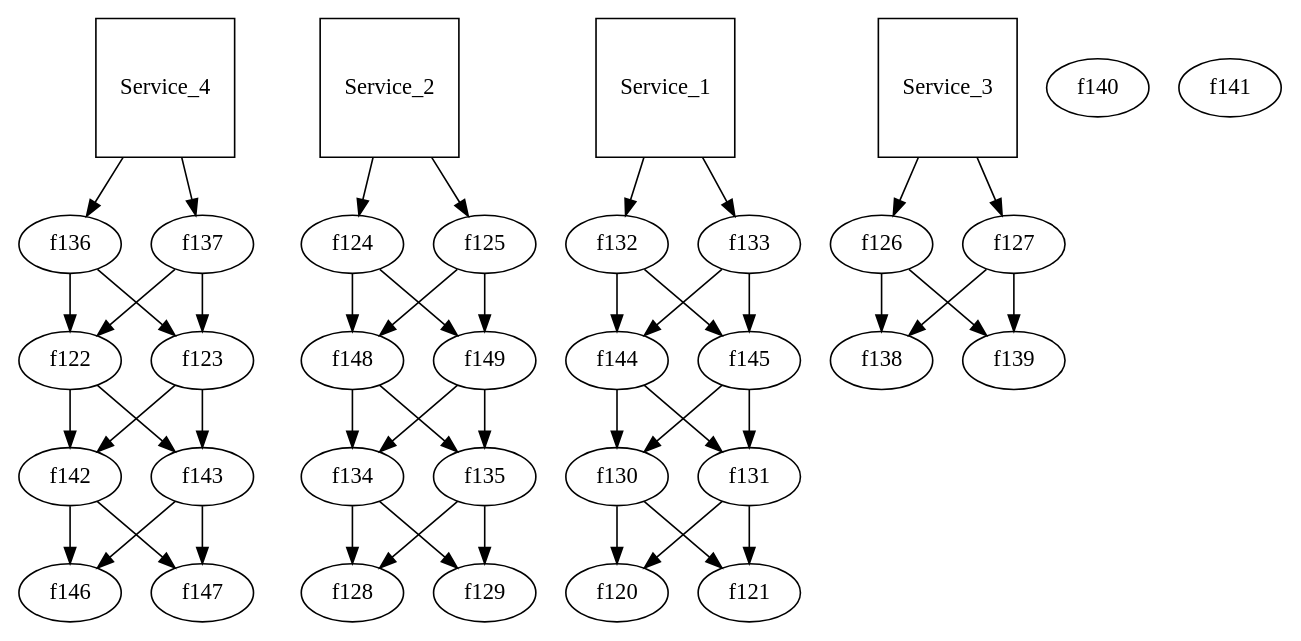
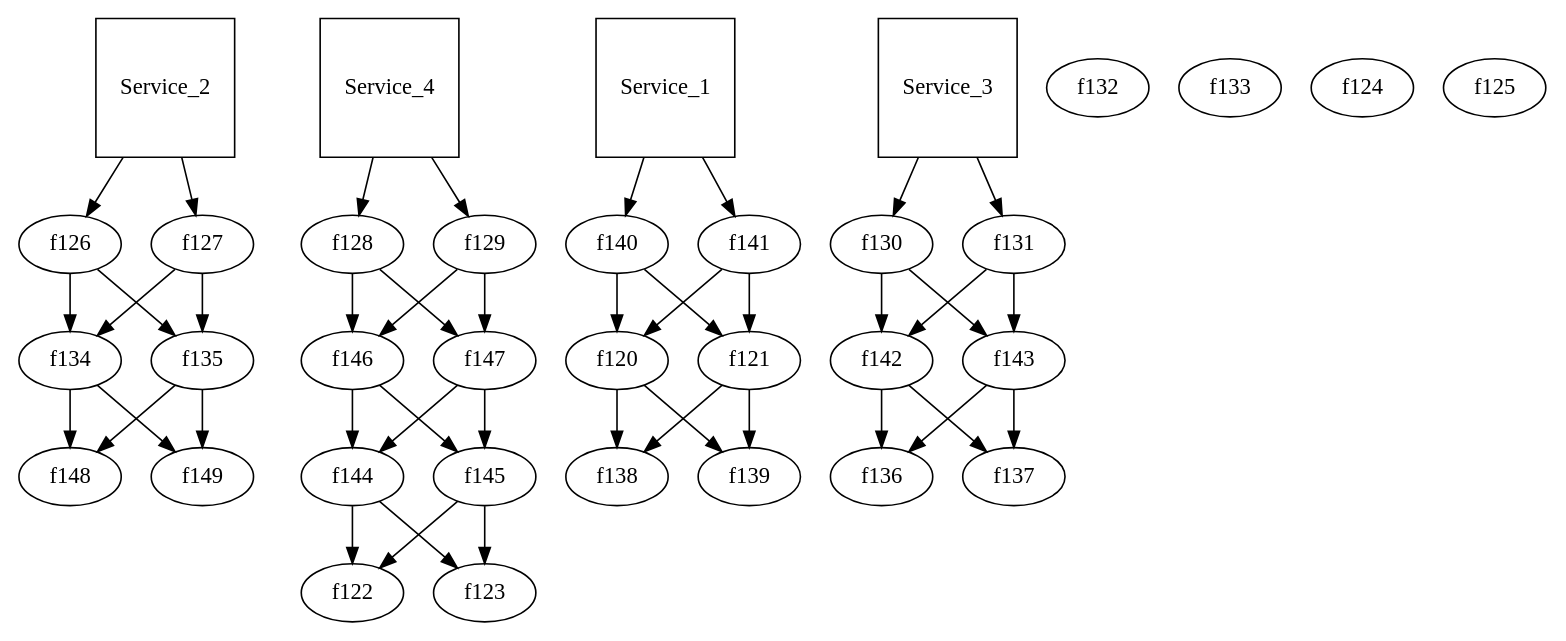
Before and after one commit to pcoppens/chaos-re: the diagram in system.dot, drawn with Graphviz. The commit also changed 11 other files, not shown here.

```diff
--- a/system.dot
+++ b/system.dot
@@ -1,29 +1,29 @@
 digraph System{
+	f134 ; 	f135 ; 
 	f122 ; 	f123 ; 
+	f144 ; 	f145 ; 
+	f138 ; 	f139 ; 
+	f140 ; 	f141 ; 
+	f146 ; 	f147 ; 
+	f120 ; 	f121 ; 
+	f142 ; 	f143 ; 
+	f148 ; 	f149 ; 
+	f136 ; 	f137 ; 
+	f130 ; 	f131 ; 
+	f132 ; 	f133 ; 
+	f124 ; 	f125 ; 
+	f126 ; 	f127 ; 
 	f128 ; 	f129 ; 
-	f146 ; 	f147 ; 
-	f148 ; 	f149 ; 
-	f120 ; 	f121 ; 
-	f136 ; 	f137 ; 
-	f126 ; 	f127 ; 
-	f132 ; 	f133 ; 
-	f134 ; 	f135 ; 
-	f140 ; 	f141 ; 
-	f130 ; 	f131 ; 
-	f142 ; 	f143 ; 
-	f124 ; 	f125 ; 
-	f138 ; 	f139 ; 
-	f144 ; 	f145 ; 
 Service_1[shape=square];
- Service_1->f132; Service_1->f133; f132 -> f144 -> f130 -> f120;
-f132 ->f145; f133 ->f145; f133 ->f144; f144 ->f131; f145 ->f131; f145 ->f130; f130 ->f121; f131 ->f121; f131 ->f120; 
+ Service_1->f140; Service_1->f141; f140 -> f120 -> f138;
+f140 ->f121; f141 ->f121; f141 ->f120; f120 ->f139; f121 ->f139; f121 ->f138; 
 Service_2[shape=square];
- Service_2->f124; Service_2->f125; f124 -> f148 -> f134 -> f128;
-f124 ->f149; f125 ->f149; f125 ->f148; f148 ->f135; f149 ->f135; f149 ->f134; f134 ->f129; f135 ->f129; f135 ->f128; 
+ Service_2->f126; Service_2->f127; f126 -> f134 -> f148;
+f126 ->f135; f127 ->f135; f127 ->f134; f134 ->f149; f135 ->f149; f135 ->f148; 
 Service_3[shape=square];
- Service_3->f126; Service_3->f127; f126 -> f138;
-f126 ->f139; f127 ->f139; f127 ->f138; 
+ Service_3->f130; Service_3->f131; f130 -> f142 -> f136;
+f130 ->f143; f131 ->f143; f131 ->f142; f142 ->f137; f143 ->f137; f143 ->f136; 
 Service_4[shape=square];
- Service_4->f136; Service_4->f137; f136 -> f122 -> f142 -> f146;
-f136 ->f123; f137 ->f123; f137 ->f122; f122 ->f143; f123 ->f143; f123 ->f142; f142 ->f147; f143 ->f147; f143 ->f146; 
+ Service_4->f128; Service_4->f129; f128 -> f146 -> f144 -> f122;
+f128 ->f147; f129 ->f147; f129 ->f146; f146 ->f145; f147 ->f145; f147 ->f144; f144 ->f123; f145 ->f123; f145 ->f122; 
 }
```
